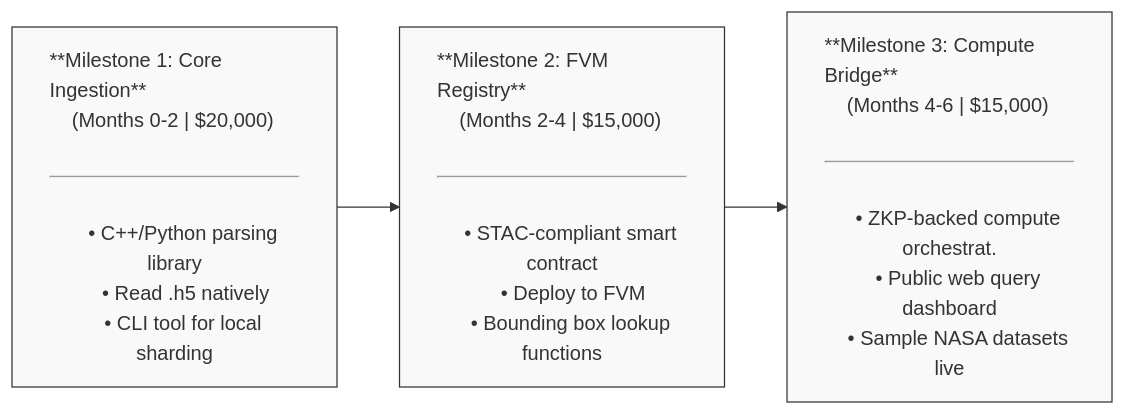
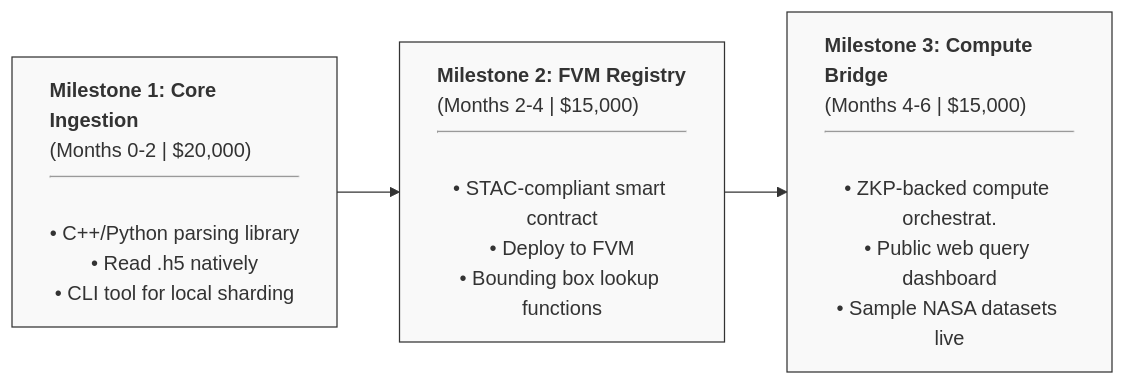
The first of 2 diagrams in README.md (jeffsp/DeSDI), drawn with Mermaid before and after one commit.

Commit message:
Fix mermaid text

````diff
--- a/README.md
+++ b/README.md
@@ -78,28 +78,28 @@
 ```mermaid
 flowchart LR
     %% Style definitions
     classDef default fill:#f9f9f9,stroke:#333,stroke-width:1px,text-align:left;
 
-    M1["**Milestone 1: Core Ingestion**
+    M1["`**Milestone 1: Core Ingestion**
     (Months 0-2 | $20,000)
     <hr>
     • C++/Python parsing library
     • Read .h5 natively
-    • CLI tool for local sharding"]
+    • CLI tool for local sharding`"]
 
-    M2["**Milestone 2: FVM Registry**
+    M2["`**Milestone 2: FVM Registry**
     (Months 2-4 | $15,000)
     <hr>
     • STAC-compliant smart contract
     • Deploy to FVM
-    • Bounding box lookup functions"]
+    • Bounding box lookup functions`"]
 
-    M3["**Milestone 3: Compute Bridge**
+    M3["`**Milestone 3: Compute Bridge**
     (Months 4-6 | $15,000)
     <hr>
     • ZKP-backed compute orchestrat.
     • Public web query dashboard
-    • Sample NASA datasets live"]
+    • Sample NASA datasets live`"]
 
     M1 --> M2 --> M3
 ```
````
